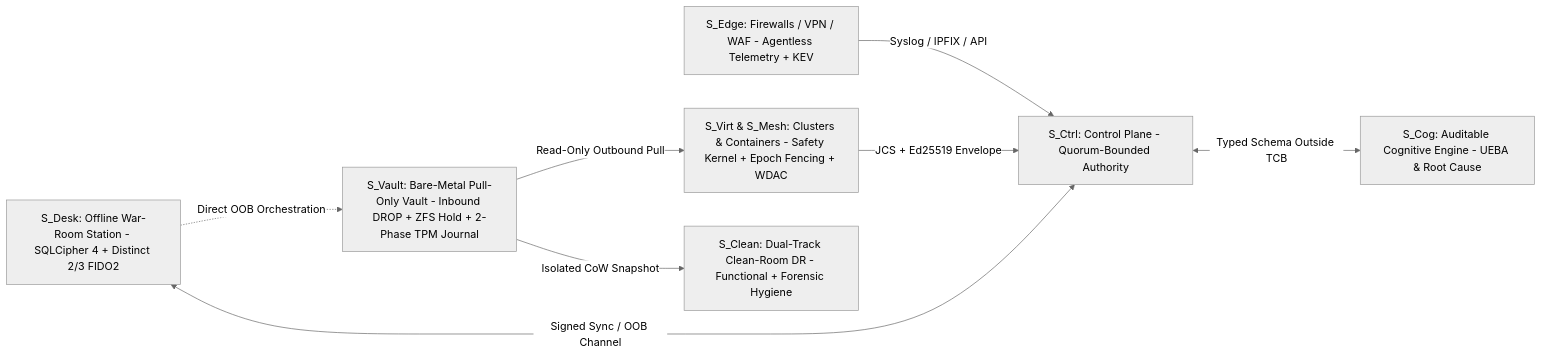
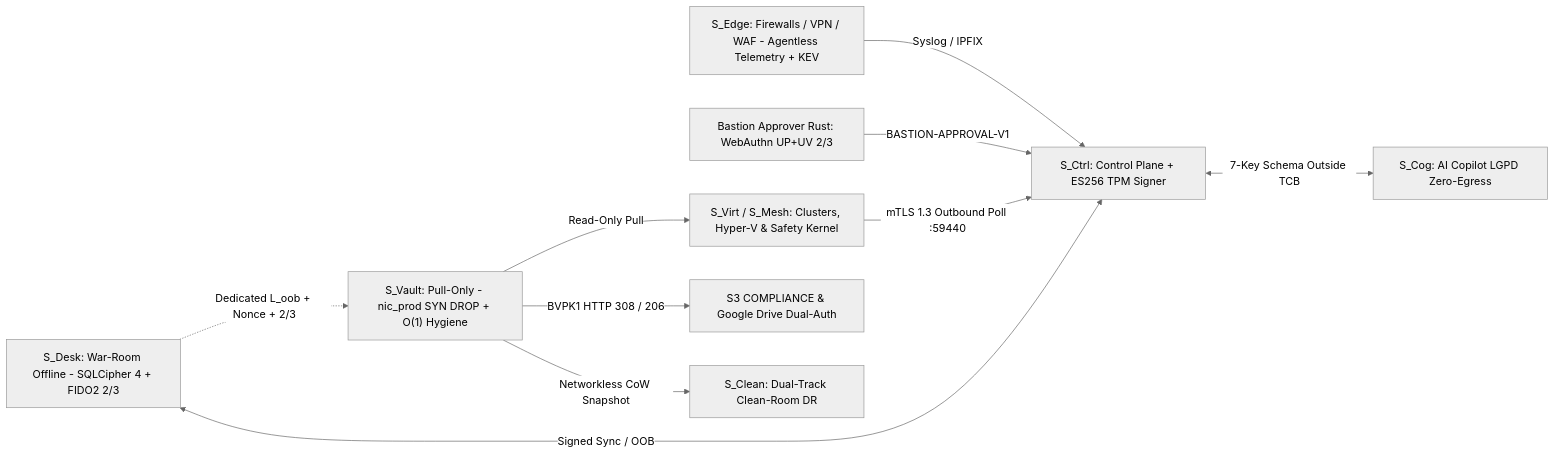
Before and after one commit to ProjectOS-system/vti-research: the diagram in content/VTI-RES-2026-04/executive_brief_en.md, drawn with Mermaid (neutral theme). The commit also changed other lines of this file and 29 other files, not shown here.

````diff
--- a/content/VTI-RES-2026-04/executive_brief_en.md
+++ b/content/VTI-RES-2026-04/executive_brief_en.md
@@ -39,10 +38,12 @@
 ```mermaid
 flowchart LR
-    SEDGE["S_Edge: Firewalls / VPN / WAF - Agentless Telemetry + KEV"] -->|"Syslog / IPFIX / API"| CTRL["S_Ctrl: Control Plane - Quorum-Bounded Authority"]
-    INFRA["S_Virt & S_Mesh: Clusters & Containers - Safety Kernel + Epoch Fencing + WDAC"] -->|"JCS + Ed25519 Envelope"| CTRL
-    DESK["S_Desk: Offline War-Room Station - SQLCipher 4 + Distinct 2/3 FIDO2"] <-->|"Signed Sync / OOB Channel"| CTRL
-    DESK -.->|"Direct OOB Orchestration"| VAULT["S_Vault: Bare-Metal Pull-Only Vault - Inbound DROP + ZFS Hold + 2-Phase TPM Journal"]
-    CTRL <-->|"Typed Schema Outside TCB"| COG["S_Cog: Auditable Cognitive Engine - UEBA & Root Cause"]
-    VAULT -->|"Read-Only Outbound Pull"| INFRA
-    VAULT -->|"Isolated CoW Snapshot"| CLEAN["S_Clean: Dual-Track Clean-Room DR - Functional + Forensic Hygiene"]
+    SEDGE["S_Edge: Firewalls / VPN / WAF - Agentless Telemetry + KEV"] -->|"Syslog / IPFIX"| CTRL["S_Ctrl: Control Plane + ES256 TPM Signer"]
+    APP["Bastion Approver Rust: WebAuthn UP+UV 2/3"] -->|"BASTION-APPROVAL-V1"| CTRL
+    INFRA["S_Virt / S_Mesh: Clusters, Hyper-V & Safety Kernel"] -->|"mTLS 1.3 Outbound Poll :59440"| CTRL
+    DESK["S_Desk: War-Room Offline - SQLCipher 4 + FIDO2 2/3"] <-->|"Signed Sync / OOB"| CTRL
+    DESK -.->|"Dedicated L_oob + Nonce + 2/3"| VAULT["S_Vault: Pull-Only - nic_prod SYN DROP + O(1) Hygiene"]
+    CTRL <-->|"7-Key Schema Outside TCB"| COG["S_Cog: AI Copilot LGPD Zero-Egress"]
+    VAULT -->|"Read-Only Pull"| INFRA
+    VAULT -->|"BVPK1 HTTP 308 / 206"| CLOUD["S3 COMPLIANCE & Google Drive Dual-Auth"]
+    VAULT -->|"Networkless CoW Snapshot"| CLEAN["S_Clean: Dual-Track Clean-Room DR"]
 ```
````
